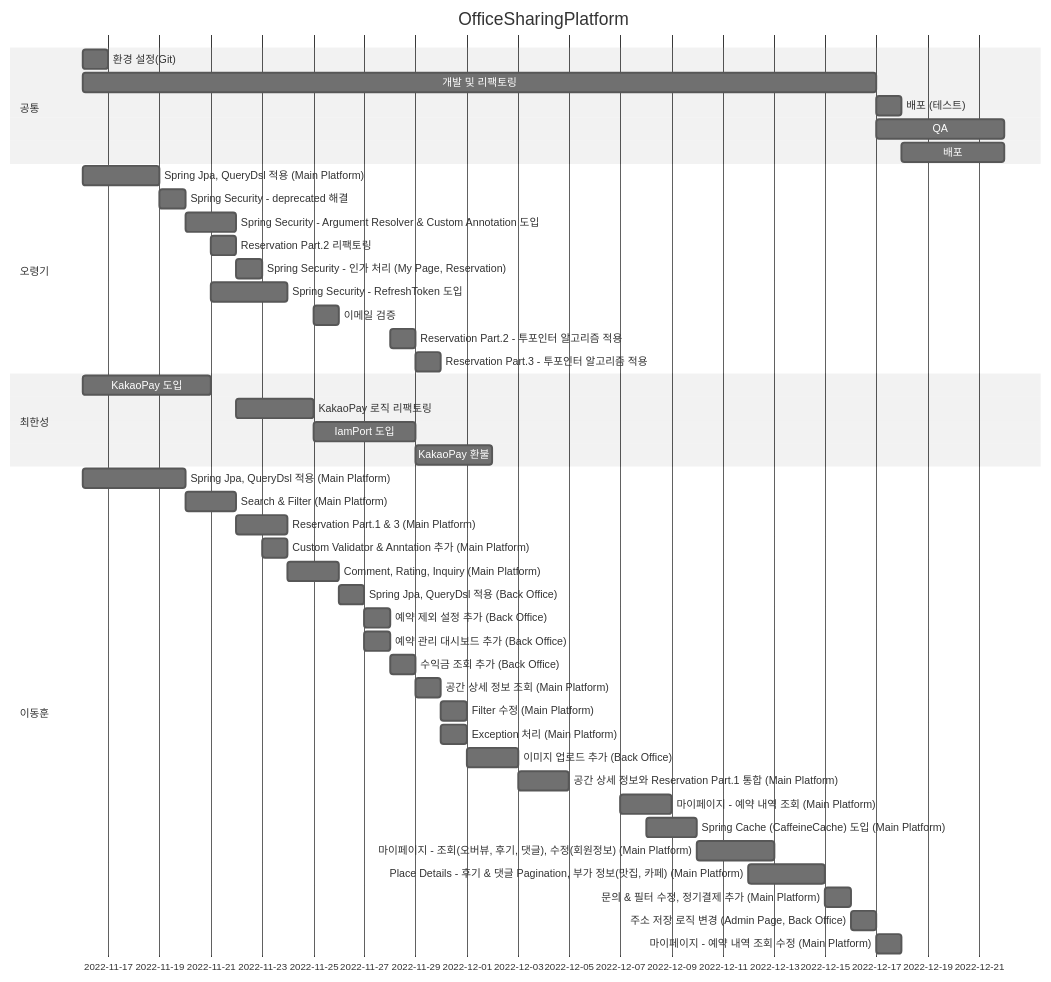
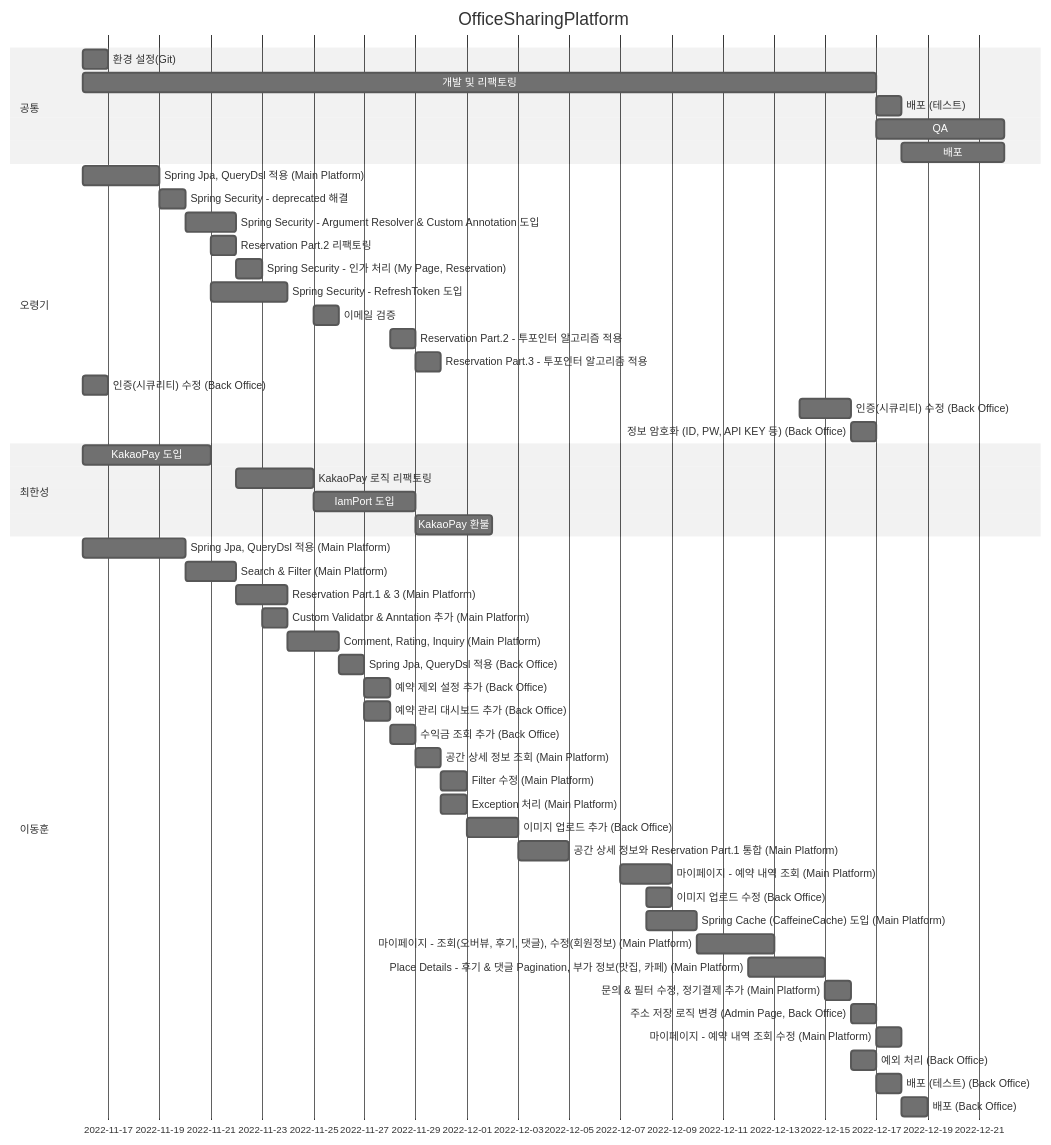
One commit to Hell-O-Demon-World/PlaceSharingPlatformBETest changed the diagram in README.md. Above: the diagram before and after it, drawn with Mermaid (neutral theme). The commit also changed 5 other files, not shown here.

````diff
--- a/README.md
+++ b/README.md
@@ -11,53 +11,60 @@
 ```mermaid
 gantt
 dateFormat MM-DD
 title OfficeSharingPlatform
 
     section 공통
     환경 설정(Git)             :chap1, 11-16, 1d
     개발 및 리팩토링             :chap2, 11-16, 12-17
     배포 (테스트)               :chap3, 12-17, 12-18
     QA                       :chap4, 12-17, 12-22
     배포                      :chap5, 12-18, 12-22
 
     section 오령기
     Spring Jpa, QueryDsl 적용 (Main Platform)                     : chap1, 11-16, 3d
     Spring Security - deprecated 해결                             : chap2, 11-19, 1d
     Spring Security - Argument Resolver & Custom Annotation 도입  : chap3, 11-20, 2d
     Reservation Part.2 리팩토링                                    : chap4, 11-21, 1d
     Spring Security -  인가 처리 (My Page, Reservation)            : chap5, 11-22, 1d
     Spring Security - RefreshToken 도입                           : chap6, 11-21, 3d
     이메일 검증                                                     : chap7, 11-25, 1d
     Reservation Part.2 - 투포인터 알고리즘 적용                        : chap8, 11-28, 1d
     Reservation Part.3 - 투포인터 알고리즘 적용                        : chap8, 11-29, 1d
+    인증(시큐리티) 수정 (Back Office)                : chap1, 11-16, 1d
+    인증(시큐리티) 수정 (Back Office)                : chap2, 12-14, 2d
+    정보 암호화 (ID, PW, API KEY 등) (Back Office)  : chap3, 12-16, 1d
 
     section 최한성
     KakaoPay 도입        : chap1, 11-16, 5d
     KakaoPay 로직 리팩토링 : chap2, 11-22, 3d
     IamPort 도입         : chap3, 11-25, 4d
     KakaoPay 환불        : chap4, 11-29, 3d
     
     section 이동훈
     Spring Jpa, QueryDsl 적용 (Main Platform)                                : chap1, 11-16, 4d
     Search & Filter (Main Platform)                                         : chap2, 11-20, 2d
     Reservation Part.1 & 3 (Main Platform)                                  : chap3, 11-22, 2d
     Custom Validator & Anntation 추가 (Main Platform)                        : chap4, 11-23, 1d
     Comment, Rating, Inquiry (Main Platform)                                : chap5, 11-24, 2d
     Spring Jpa, QueryDsl 적용 (Back Office)                                  : chap6, 11-26, 1d
     예약 제외 설정 추가 (Back Office)                                            : chap7, 11-27, 1d
     예약 관리 대시보드 추가 (Back Office)                                         : chap8, 11-27, 1d
     수익금 조회 추가 (Back Office)                                              : chap9, 11-28, 1d
     공간 상세 정보 조회 (Main Platform)                                          : chap10, 11-29, 1d
     Filter 수정 (Main Platform)                                              : chap11, 11-30, 1d
     Exception 처리 (Main Platform)                                           : chap12, 11-30, 1d
     이미지 업로드 추가 (Back Office)                                             : chap13, 12-01, 2d
     공간 상세 정보와 Reservation Part.1 통합 (Main Platform)                      : chap14, 12-03, 2d
     마이페이지  - 예약 내역 조회 (Main Platform)                                   : chap15, 12-07, 2d
+    이미지 업로드 수정 (Back Office)                : chap6, 12-08, 1d
     Spring Cache (CaffeineCache) 도입 (Main Platform)                         : chap16, 12-08, 2d
     마이페이지 - 조회(오버뷰, 후기, 댓글), 수정(회원정보) (Main Platform)                : chap17, 12-10, 3d
     Place Details - 후기 & 댓글 Pagination, 부가 정보(맛집, 카페) (Main Platform)   : chap18, 12-12, 3d
     문의 & 필터 수정, 정기결제 추가 (Main Platform)                                 : chap19, 12-15, 1d
     주소 저장 로직 변경 (Admin Page, Back Office)                                : chap20, 12-16, 1d
     마이페이지 - 예약 내역 조회 수정 (Main Platform)                                : chap21, 12-17, 1d
+    예외 처리 (Back Office)                       : chap8, 12-16, 1d
+    배포 (테스트) (Back Office)                    : chap9, 12-17, 1d
+    배포 (Back Office)                            : chap10, 12-18, 1d
 
 ```
````
